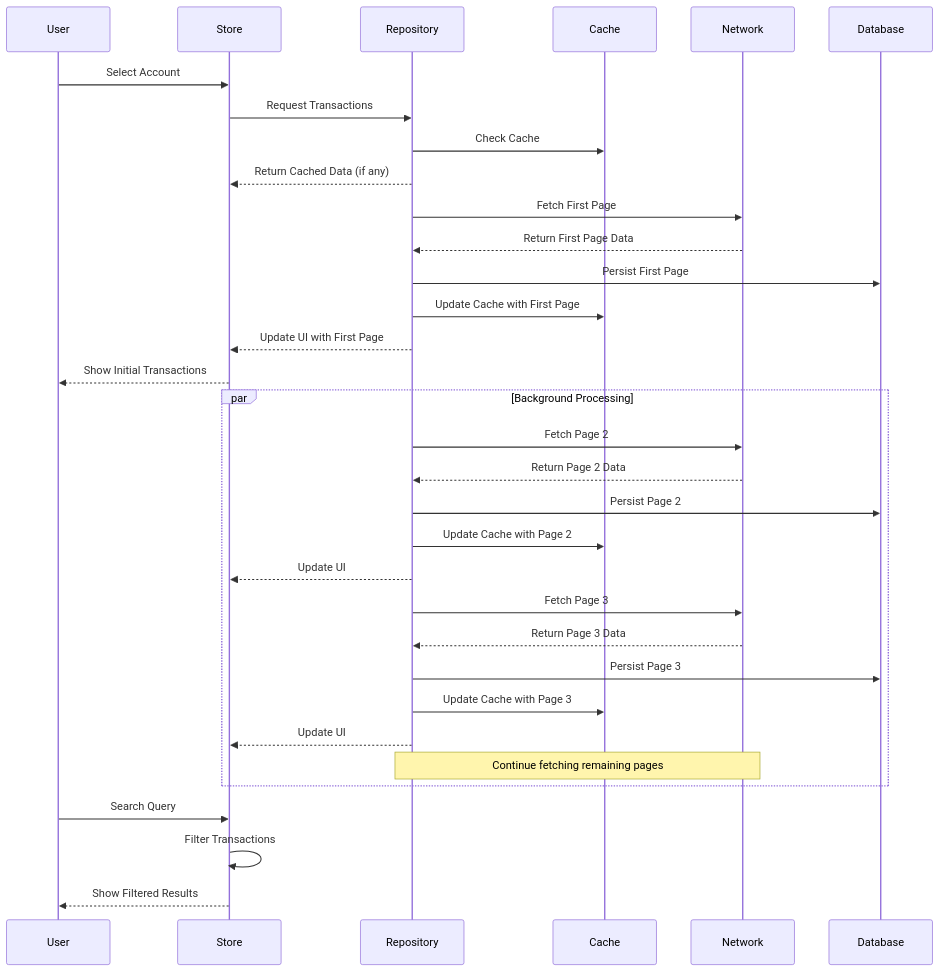
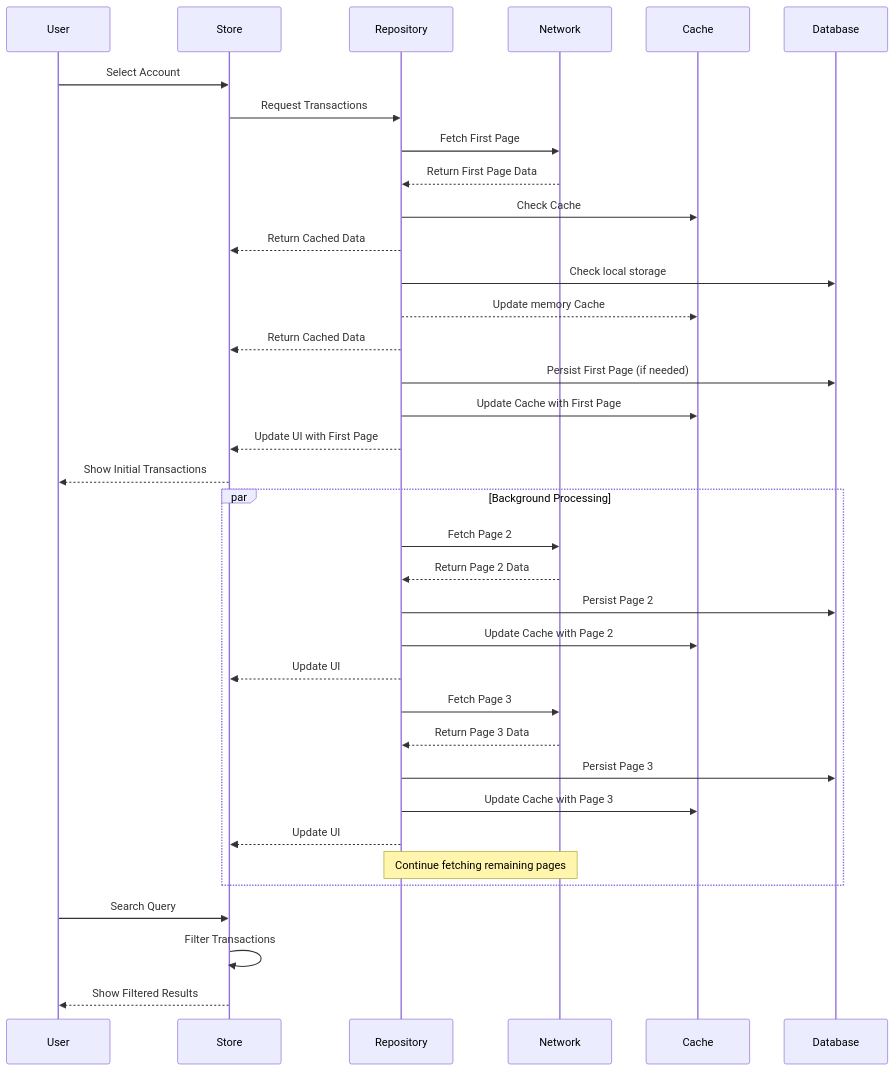
The diagram in README.md (FanyCastro/BankTransactionsPoc), drawn with Mermaid before and after one commit. The commit also changed 2 other files, not shown here.

Commit message:
feat: improve logic for cache

````diff
--- a/README.md
+++ b/README.md
@@ -48,33 +48,36 @@
 ```mermaid
 sequenceDiagram
     User->>Store: Select Account
     Store->>Repository: Request Transactions
-    Repository->>Cache: Check Cache
-    Repository-->>Store: Return Cached Data (if any)
     Repository->>Network: Fetch First Page
     Network-->>Repository: Return First Page Data
-    Repository->>Database: Persist First Page
+    Repository->>Cache: Check Cache
+    Repository-->>Store: Return Cached Data 
+    Repository->>Database: Check local storage
+    Repository-->>Cache: Update memory Cache 
+    Repository-->>Store: Return Cached Data
+    Repository->>Database: Persist First Page (if needed)
     Repository->>Cache: Update Cache with First Page
     Repository-->>Store: Update UI with First Page
     Store-->>User: Show Initial Transactions
     
     par Background Processing
         Repository->>Network: Fetch Page 2
         Network-->>Repository: Return Page 2 Data
         Repository->>Database: Persist Page 2
         Repository->>Cache: Update Cache with Page 2
         Repository-->>Store: Update UI
         
         Repository->>Network: Fetch Page 3
         Network-->>Repository: Return Page 3 Data
         Repository->>Database: Persist Page 3
         Repository->>Cache: Update Cache with Page 3
         Repository-->>Store: Update UI
         
         Note over Repository,Network: Continue fetching remaining pages
     end
     
     User->>Store: Search Query
     Store->>Store: Filter Transactions
     Store-->>User: Show Filtered Results
 ```
````
